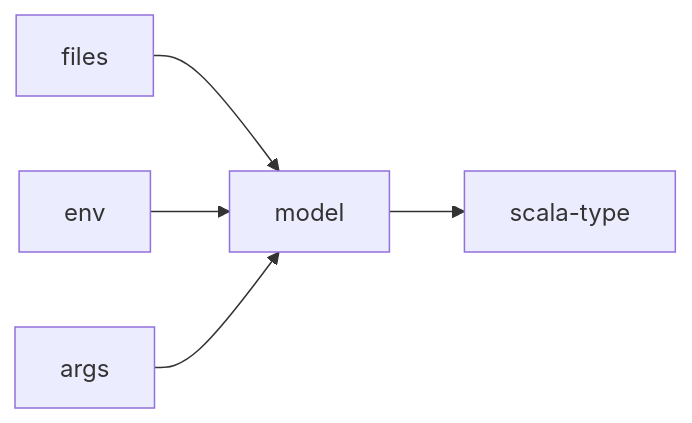
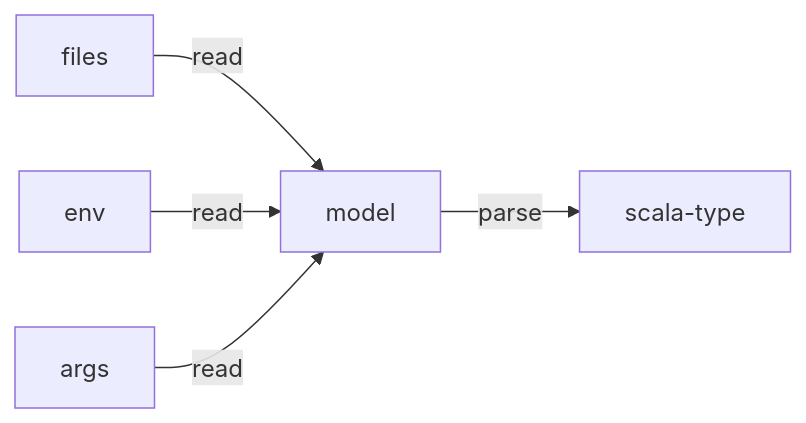
One commit to jodersky/applib changed the second of 2 diagrams in confuse/docs/_index.md. Above: the diagram before and after it, drawn with Mermaid. The commit also changed other lines of this file and 28 other files, not shown here.

````diff
--- a/confuse/docs/_index.md
+++ b/confuse/docs/_index.md
@@ -20,7 +45,7 @@
 ```mermaid
 flowchart LR
-  files --> model;
-  env --> model;
-  args --> model;
-  model --> scala-type;
+  files --> |read| model;
+  env --> |read| model;
+  args --> |read| model;
+  model --> |parse| scala-type;
 ```
````
